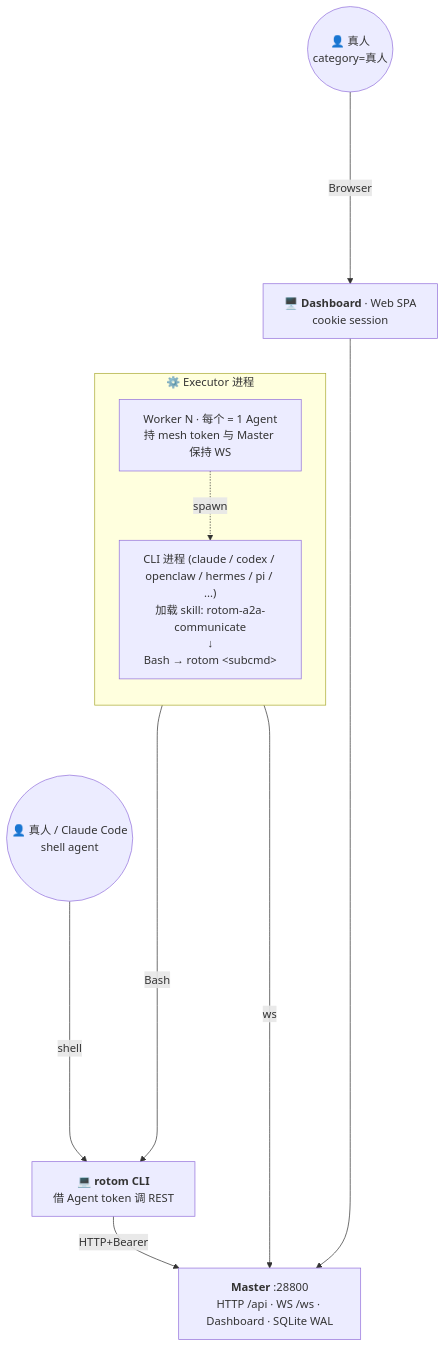
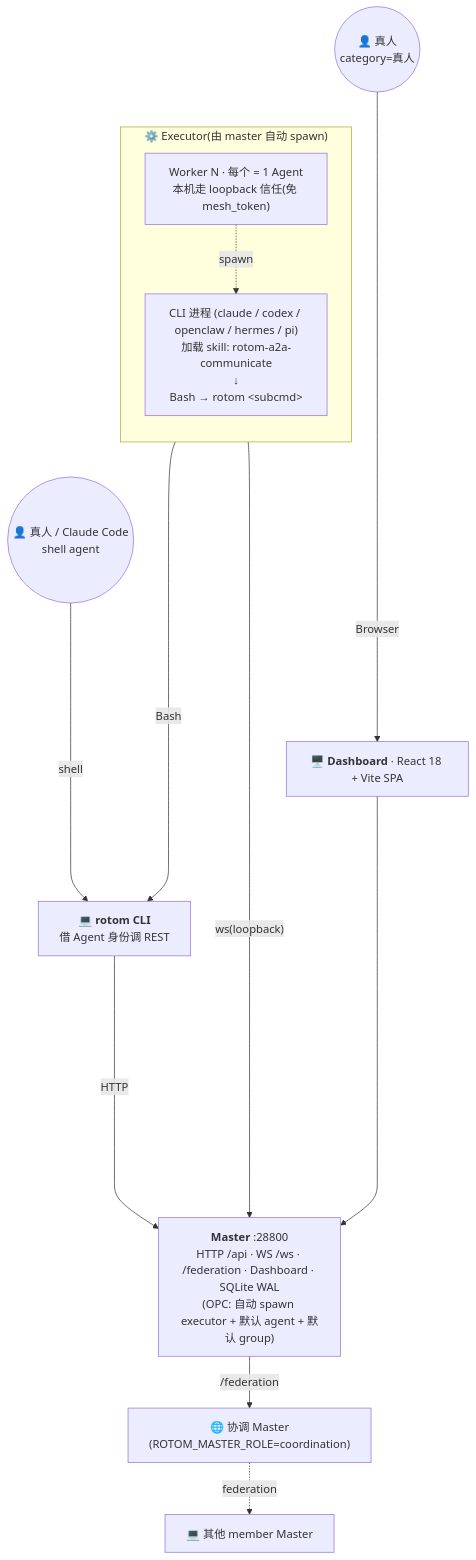
Before and after one commit to konglx90/rotom: the diagram in README.md, drawn with Mermaid. The commit also changed other lines of this file and 53 other files, not shown here.

````diff
--- a/README.md
+++ b/README.md
@@ -7,23 +7,28 @@
 ```mermaid
 flowchart TB
-    M["<b>Master</b> :28800<br/>HTTP /api · WS /ws · Dashboard · SQLite WAL"]
+    M["<b>Master</b> :28800<br/>HTTP /api · WS /ws · /federation · Dashboard · SQLite WAL<br/>(OPC: 自动 spawn executor + 默认 agent + 默认 group)"]
 
-    subgraph EX["⚙️  Executor 进程"]
+    subgraph EX["⚙️  Executor(由 master 自动 spawn)"]
         direction TB
-        W["Worker N · 每个 = 1 Agent<br/>持 mesh token 与 Master 保持 WS"]
-        A["CLI 进程 (claude / codex / openclaw / hermes / pi / ...)<br/>加载 skill: rotom-a2a-communicate<br/>↓<br/>Bash → rotom &lt;subcmd&gt;"]
+        W["Worker N · 每个 = 1 Agent<br/>本机走 loopback 信任(免 mesh_token)"]
+        A["CLI 进程 (claude / codex / openclaw / hermes / pi)<br/>加载 skill: rotom-a2a-communicate<br/>↓<br/>Bash → rotom &lt;subcmd&gt;"]
         W -. spawn .-> A
     end
 
-    R["💻 <b>rotom CLI</b><br/>借 Agent token 调 REST"]
-    D["🖥️ <b>Dashboard</b> · Web SPA<br/>cookie session"]
+    R["💻 <b>rotom CLI</b><br/>借 Agent 身份调 REST"]
+    D["🖥️ <b>Dashboard</b> · React 18 + Vite SPA"]
     H1(("👤 真人<br/>category=真人"))
     H2(("👤 真人 / Claude Code<br/>shell agent"))
 
-    W  -- ws ----------> M
+    COORD["🌐 协调 Master<br/>(ROTOM_MASTER_ROLE=coordination)"]
+    MEMBER2["💻 其他 member Master"]
+
+    W  -- ws(loopback) --> M
     A  -- Bash --------> R
     H2 -- shell -------> R
-    R  -- HTTP+Bearer --> M
+    R  -- HTTP --------> M
     H1 -- Browser ------> D
     D  ----------------> M
+    M  -- /federation --> COORD
+    COORD -. federation .-> MEMBER2
 ```
````
